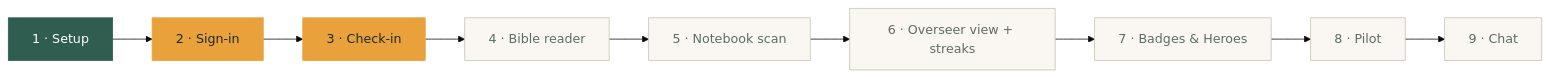
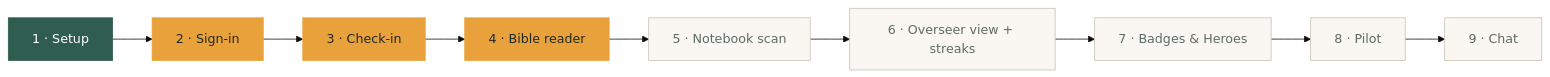
The diagram in README.md (mannigoy/Abide), drawn with Mermaid (base theme) before and after one commit. The commit also changed other lines of this file and 15 other files, not shown here.

First line of the commit message:
Phase 4: Bible reader with Free Use Bible API and highlights

````diff
--- a/README.md
+++ b/README.md
@@ -22,9 +22,9 @@
 ```mermaid
 flowchart LR
-  P1["1 · Setup"]:::done --> P2["2 · Sign-in"]:::wip --> P3["3 · Check-in"]:::wip --> P4["4 · Bible reader"]:::todo --> P5["5 · Notebook scan"]:::todo
+  P1["1 · Setup"]:::done --> P2["2 · Sign-in"]:::wip --> P3["3 · Check-in"]:::wip --> P4["4 · Bible reader"]:::wip --> P5["5 · Notebook scan"]:::todo
   P5 --> P6["6 · Overseer view + streaks"]:::todo --> P7["7 · Badges & Heroes"]:::todo --> P8["8 · Pilot"]:::todo --> P9["9 · Chat"]:::todo
 
   classDef done fill:#2F5D50,stroke:#2F5D50,color:#FFFFFF
   classDef wip fill:#E9A23B,stroke:#E9A23B,color:#1F2A26
   classDef todo fill:#FAF7F2,stroke:#C9C1B4,color:#5E6B66
 ```
````
